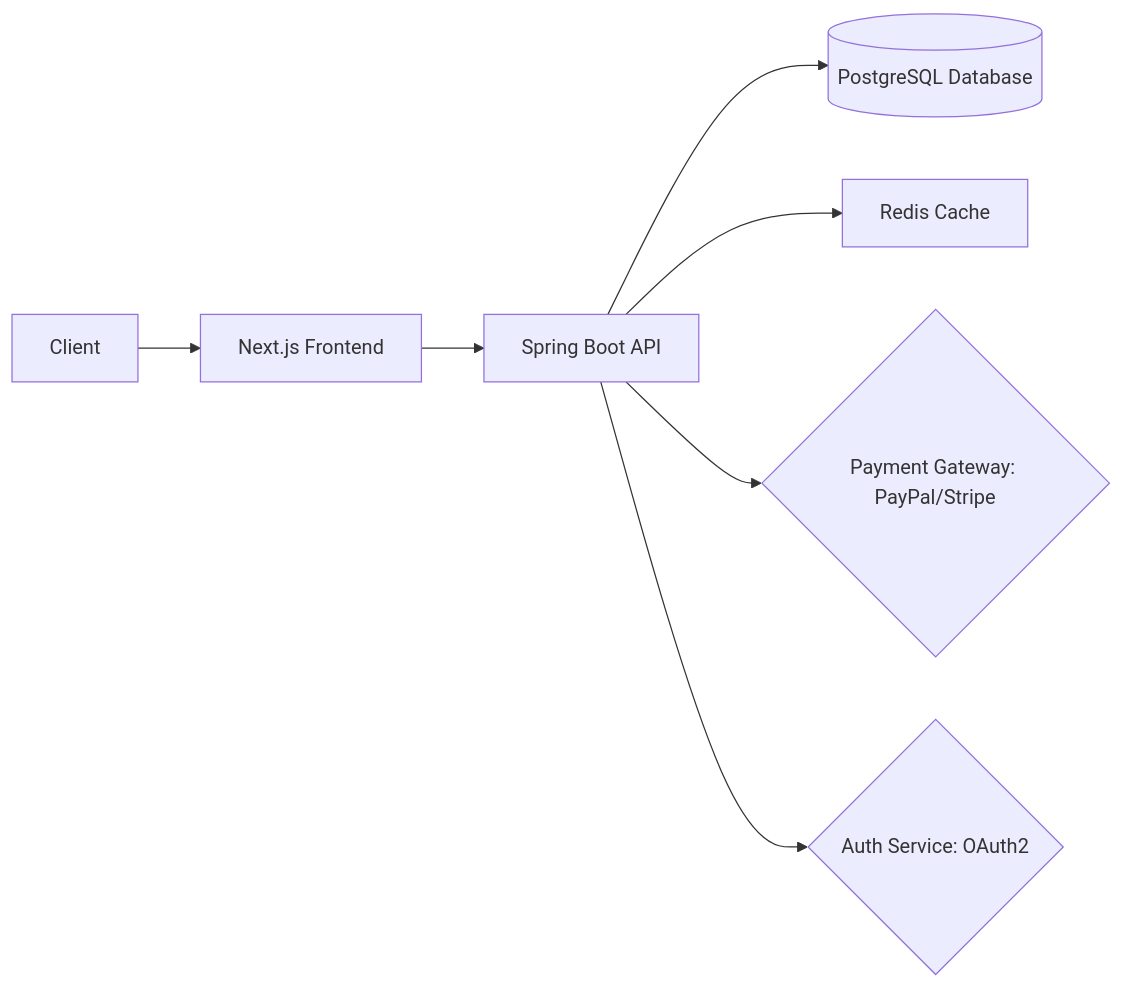
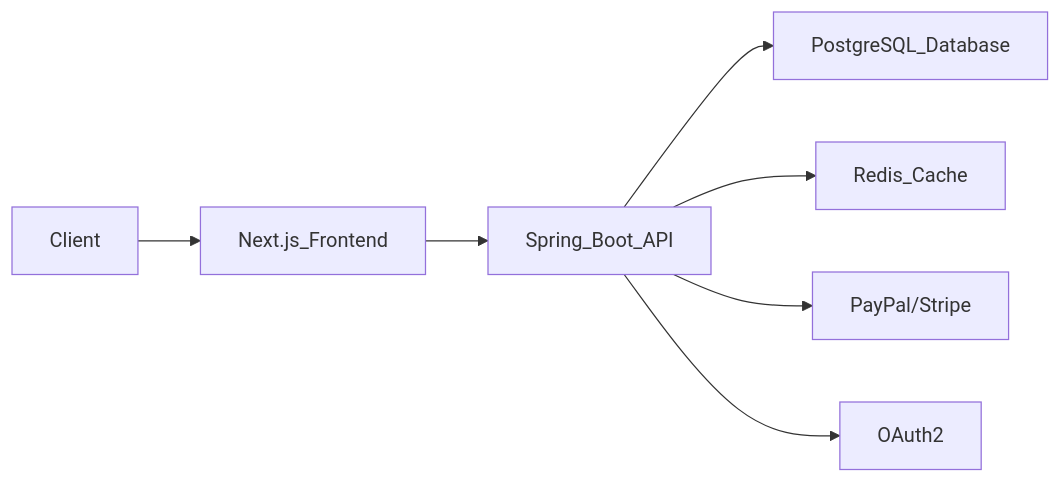
The first of 3 diagrams in backend/README.md (aharoJ/barbershop), drawn with Mermaid before and after one commit. The commit also changed other lines of this file and 2 other files, not shown here.

````diff
--- a/backend/README.md
+++ b/backend/README.md
@@ -38,9 +68,9 @@
 ```mermaid
 graph LR
-  A[Client] --> B[Next.js Frontend]
-  B --> C[Spring Boot API]
-  C --> D[(PostgreSQL Database)]
-  C --> E[Redis Cache]
-  C --> F{"Payment Gateway: PayPal/Stripe"}
-  C --> G{"Auth Service: OAuth2"}
+  Client --> Next.js_Frontend
+  Next.js_Frontend --> Spring_Boot_API
+  Spring_Boot_API --> PostgreSQL_Database
+  Spring_Boot_API --> Redis_Cache
+  Spring_Boot_API --> Payment_Gateway[PayPal/Stripe]
+  Spring_Boot_API --> Auth_Service[OAuth2]
 ```
````
